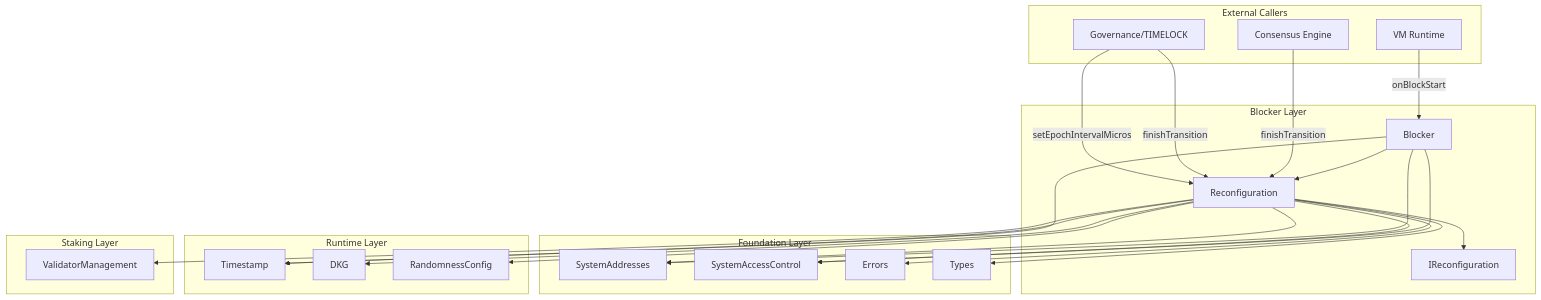
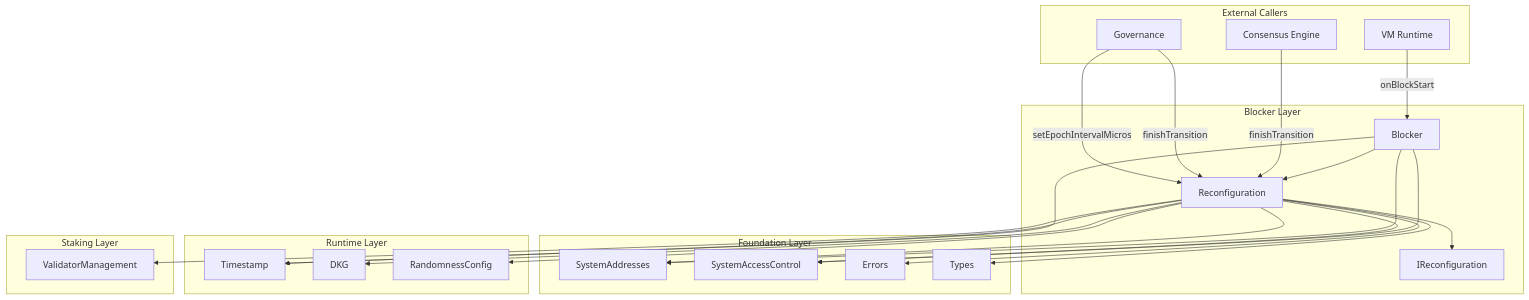
The diagram in spec_v2/blocker.spec.md (Galxe/gravity_chain_core_contracts), drawn with Mermaid before and after one commit. The commit also changed other lines of this file and 25 other files, not shown here.

First line of the commit message:
refactor: rename TIMELOCK to GOVERNANCE across codebase

````diff
--- a/spec_v2/blocker.spec.md
+++ b/spec_v2/blocker.spec.md
@@ -34,51 +34,51 @@
 ```mermaid
 flowchart TD
     subgraph BlockerLayer[Blocker Layer]
         B[Blocker]
         R[Reconfiguration]
         IR[IReconfiguration]
     end
     
     subgraph Foundation[Foundation Layer]
         SA[SystemAddresses]
         SAC[SystemAccessControl]
         E[Errors]
         T[Types]
     end
     
     subgraph Runtime[Runtime Layer]
         TS[Timestamp]
         DKG[DKG]
         RC[RandomnessConfig]
     end
     
     subgraph Staking[Staking Layer]
         VM[ValidatorManagement]
     end
     
     B --> SA
     B --> SAC
     B --> R
     B --> TS
     
     R --> IR
     R --> SA
     R --> SAC
     R --> E
     R --> T
     R --> TS
     R --> DKG
     R --> RC
     R --> VM
     
     subgraph Callers[External Callers]
         RUNTIME[VM Runtime]
         CONSENSUS[Consensus Engine]
-        GOV[Governance/TIMELOCK]
+        GOV[Governance]
     end
     
     RUNTIME -->|onBlockStart| B
     CONSENSUS -->|finishTransition| R
     GOV -->|finishTransition| R
     GOV -->|setEpochIntervalMicros| R
 ```
````
